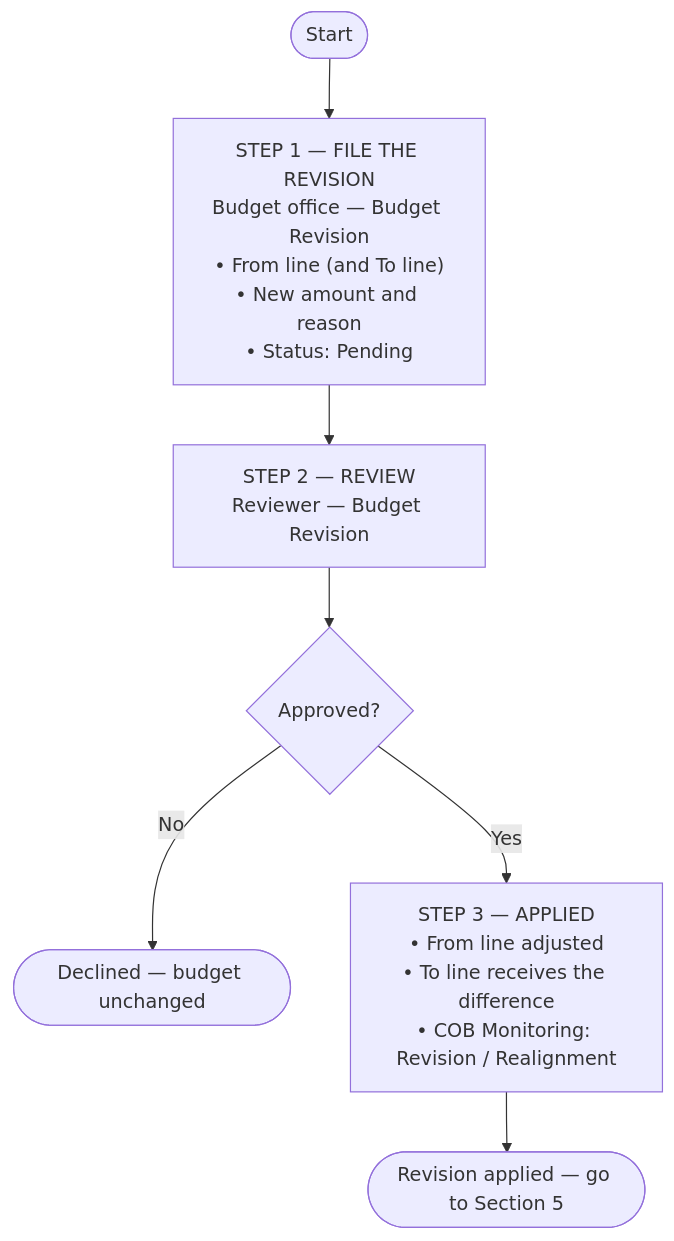
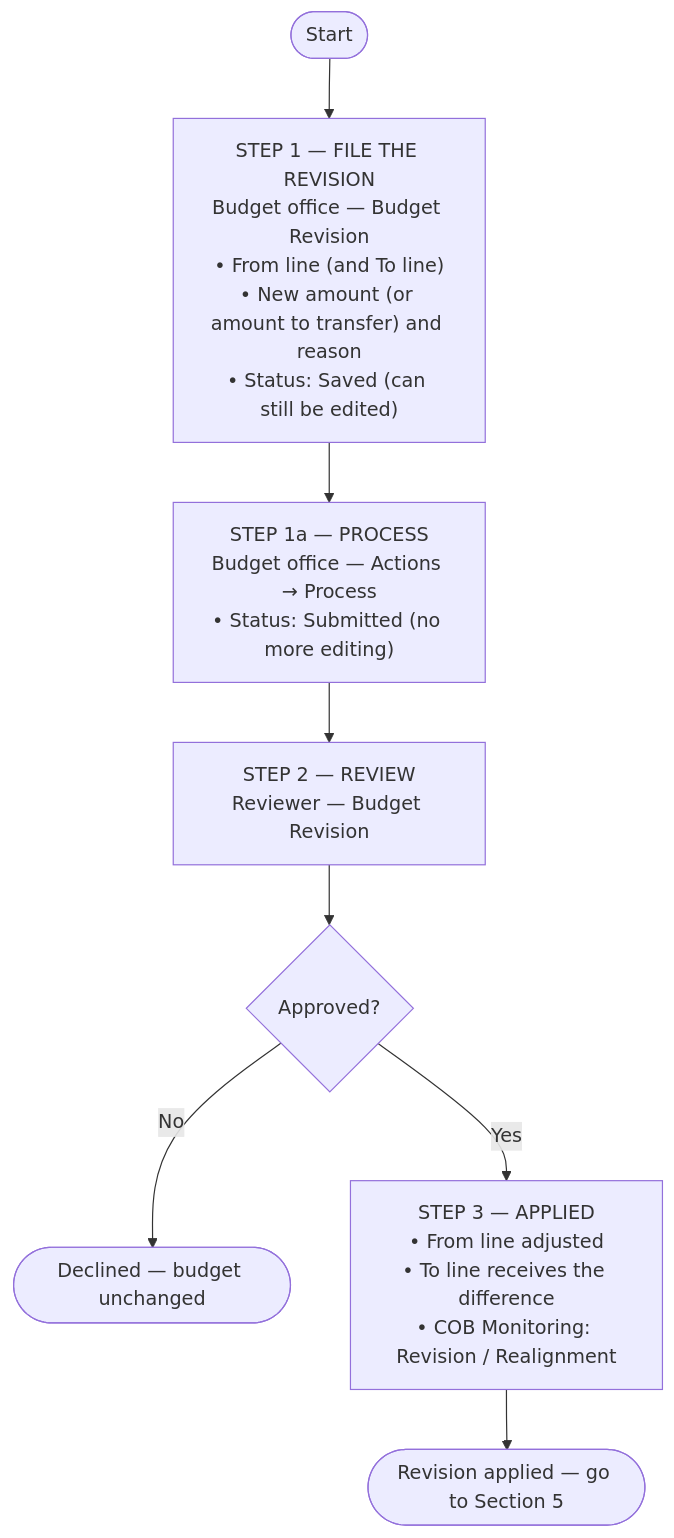
One commit to A-team-ITBS/fims-nha changed the fifth of 14 diagrams in system_docs/process-flow/PROCESS-FLOW.md. Above: the diagram before and after it, drawn with Mermaid. The commit also changed other lines of this file and 7 other files, not shown here.

First line of the commit message:
Refactor budget revision workflow: rename statuses, add process step

````diff
--- a/system_docs/process-flow/PROCESS-FLOW.md
+++ b/system_docs/process-flow/PROCESS-FLOW.md
@@ -196,9 +197,10 @@
 ```mermaid
 flowchart TD
-    START(["Start"]) --> S1["STEP 1 — FILE THE REVISION<br/>Budget office — Budget Revision<br/>• From line (and To line)<br/>• New amount and reason<br/>• Status: Pending"]
-    S1 --> S2["STEP 2 — REVIEW<br/>Reviewer — Budget Revision"]
+    START(["Start"]) --> S1["STEP 1 — FILE THE REVISION<br/>Budget office — Budget Revision<br/>• From line (and To line)<br/>• New amount (or amount to transfer) and reason<br/>• Status: Saved (can still be edited)"]
+    S1 --> SP["STEP 1a — PROCESS<br/>Budget office — Actions → Process<br/>• Status: Submitted (no more editing)"]
+    SP --> S2["STEP 2 — REVIEW<br/>Reviewer — Budget Revision"]
     S2 --> D1{"Approved?"}
     D1 -->|"No"| X(["Declined — budget unchanged"])
     D1 -->|"Yes"| S3["STEP 3 — APPLIED<br/>• From line adjusted<br/>• To line receives the difference<br/>• COB Monitoring: Revision / Realignment"]
     S3 --> END(["Revision applied — go to Section 5"])
 ```
````
